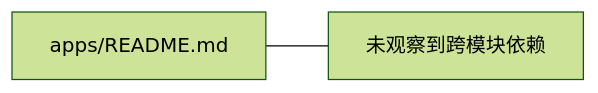
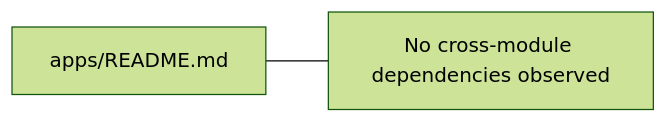
The diagram in docs/engineering/package-diagrams/apps-readme-md/package-diagram.md (manmuqingshan/trail-mate), drawn with Mermaid (forest theme) before and after one commit. The commit also changed other lines of this file and 527 other files, not shown here.

````diff
--- a/docs/engineering/package-diagrams/apps-readme-md/package-diagram.md
+++ b/docs/engineering/package-diagrams/apps-readme-md/package-diagram.md
@@ -40,5 +40,5 @@
 ```mermaid
 flowchart LR
   package_node["apps/README.md"]
-  package_node --- isolated["未观察到跨模块依赖"]
+ package_node --- isolated["No cross-module dependencies observed"]
 ```
````
